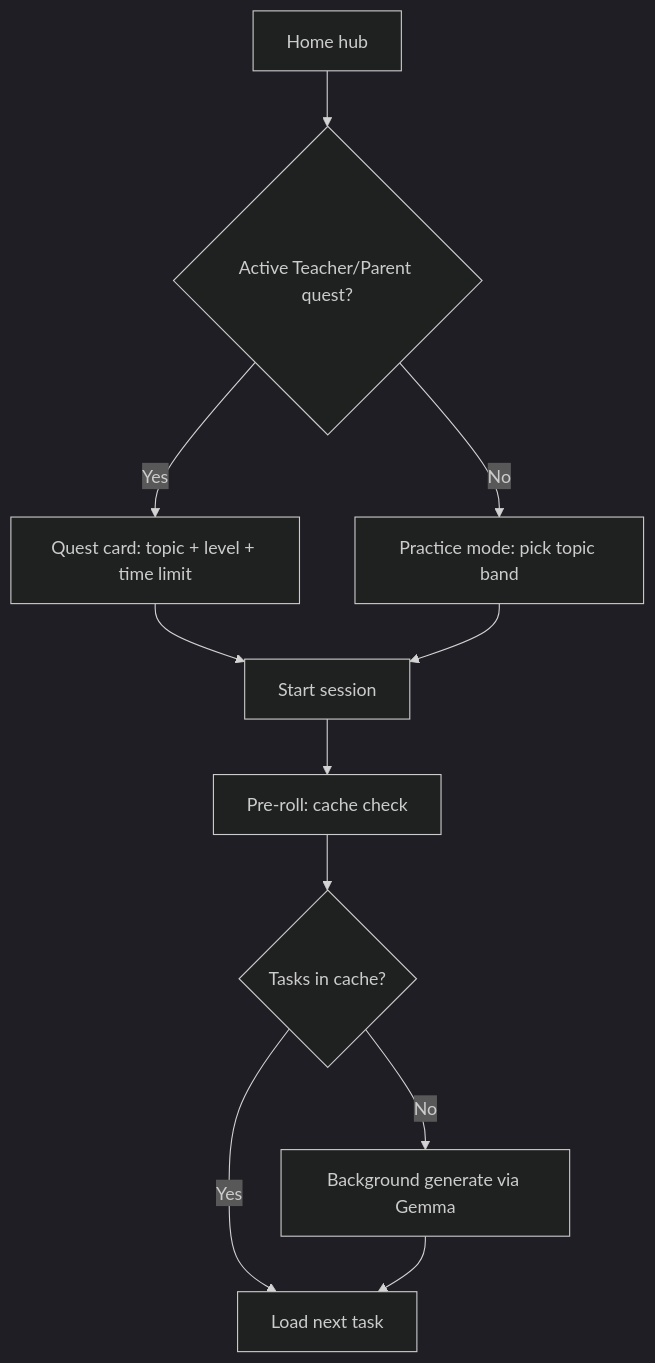
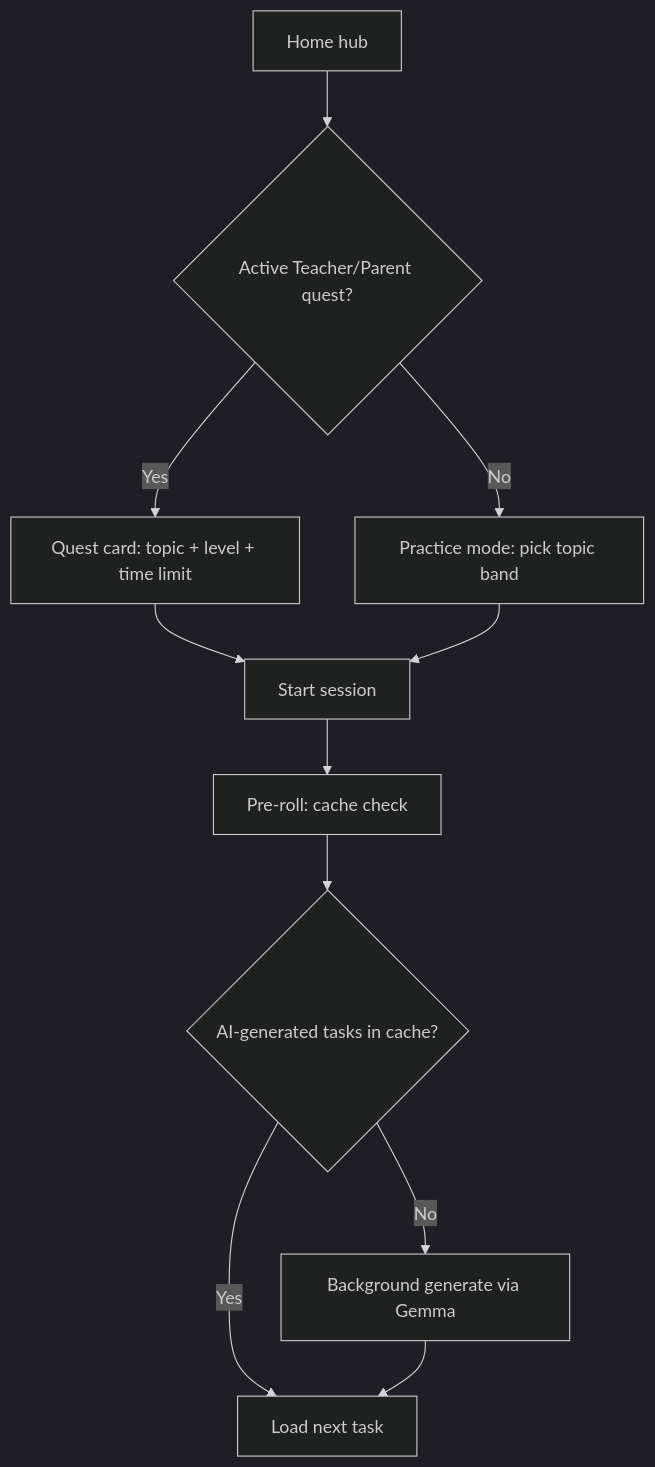
Before and after one commit to makhosi6/ikamva_lam: the second of 8 diagrams in design.md, drawn with Mermaid (dark theme). The commit also changed other lines of this file and 27 other files, not shown here.

````diff
--- a/design.md
+++ b/design.md
@@ -40,13 +40,13 @@
 ```mermaid
 flowchart TD
   G[Home hub] --> H{Active Teacher/Parent quest?}
   H -->|Yes| I[Quest card: topic + level + time limit]
   H -->|No| J[Practice mode: pick topic band]
   I --> K[Start session]
   J --> K
   K --> L[Pre-roll: cache check]
-  L --> M{Tasks in cache?}
+  L --> M{AI-generated tasks in cache?}
   M -->|Yes| N[Load next task]
   M -->|No| O[Background generate via Gemma]
   O --> N
 ```
````
